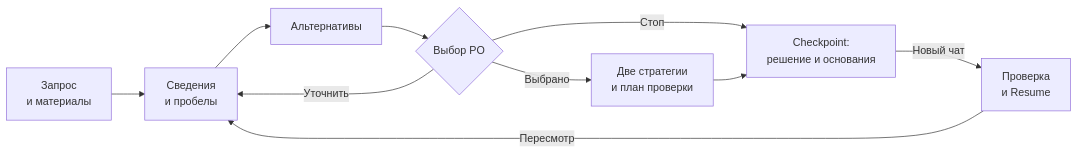
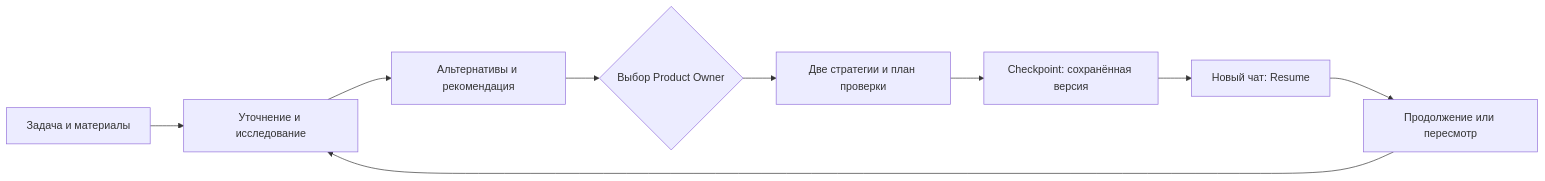
Before and after one commit to EdYaRdx/megafon_hack: the diagram in README.md, drawn with Mermaid. The commit also changed other lines of this file and 24 other files, not shown here.

````diff
--- a/README.md
+++ b/README.md
@@ -19,12 +59,11 @@
 ```mermaid
 flowchart LR
-  A["Запрос<br/>и материалы"] --> B["Сведения<br/>и пробелы"]
-  B --> C["Альтернативы"]
-  C --> D{"Выбор PO"}
-  D -->|"Выбрано"| E["Две стратегии<br/>и план проверки"]
-  D -->|"Уточнить"| B
-  D -->|"Стоп"| F
-  E --> F["Checkpoint:<br/>решение и основания"]
-  F -->|"Новый чат"| G["Проверка<br/>и Resume"]
-  G -->|"Пересмотр"| B
+  A["Задача и материалы"] --> B["Уточнение и исследование"]
+  B --> C["Альтернативы и рекомендация"]
+  C --> D{"Выбор Product Owner"}
+  D --> E["Две стратегии и план проверки"]
+  E --> F["Checkpoint: сохранённая версия"]
+  F --> G["Новый чат: Resume"]
+  G --> H["Продолжение или пересмотр"]
+  H --> B
 ```
````
